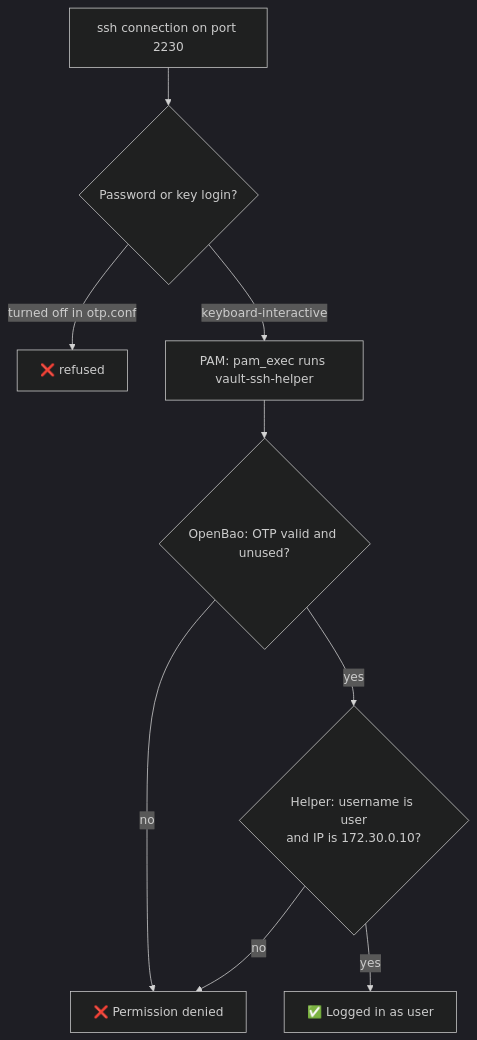
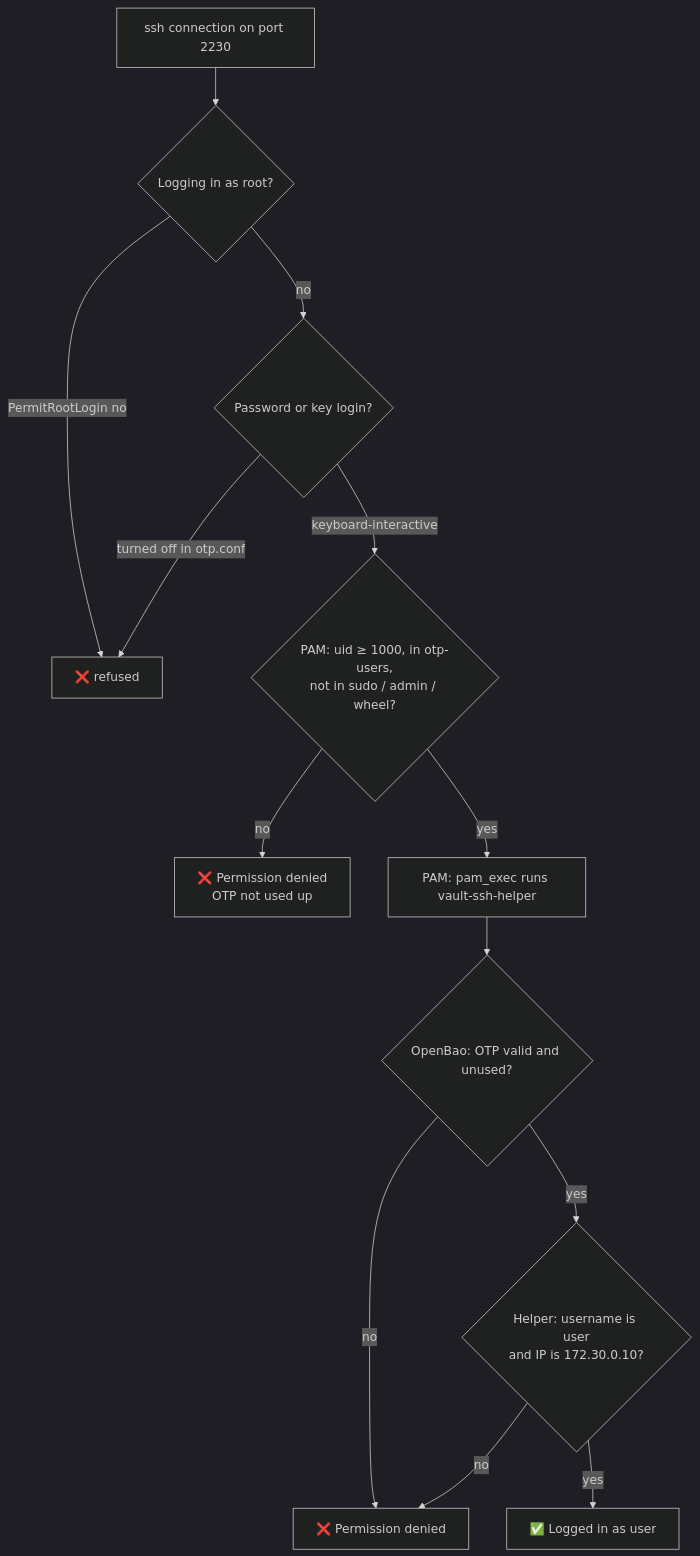
Before and after one commit to muthanii/otp-lab: the third of 4 diagrams in docs/how-it-works.md, drawn with Mermaid (dark theme). The commit also changed other lines of this file and 8 other files, not shown here.

First line of the commit message:
feat!: stop OTPs from opening root or admin accounts

````diff
--- a/docs/how-it-works.md
+++ b/docs/how-it-works.md
@@ -55,11 +55,15 @@
 ```mermaid
 flowchart TD
-    A[ssh connection on port 2230] --> B{"Password or key login?"}
-    B -- "turned off in otp.conf" --> X1[❌ refused]
-    B -- "keyboard-interactive" --> C[PAM: pam_exec runs vault-ssh-helper]
+    A[ssh connection on port 2230] --> R{"Logging in as root?"}
+    R -- "PermitRootLogin no" --> X1[❌ refused]
+    R -- no --> B{"Password or key login?"}
+    B -- "turned off in otp.conf" --> X1
+    B -- "keyboard-interactive" --> G{"PAM: uid ≥ 1000, in otp-users,<br/>not in sudo / admin / wheel?"}
+    G -- no --> X2[❌ Permission denied<br/>OTP not used up]
+    G -- yes --> C[PAM: pam_exec runs vault-ssh-helper]
     C --> D{"OpenBao: OTP valid and unused?"}
-    D -- no --> X2[❌ Permission denied]
+    D -- no --> X3[❌ Permission denied]
     D -- yes --> E{"Helper: username is user<br/>and IP is 172.30.0.10?"}
-    E -- no --> X2
+    E -- no --> X3
     E -- yes --> F[✅ Logged in as user]
 ```
````
